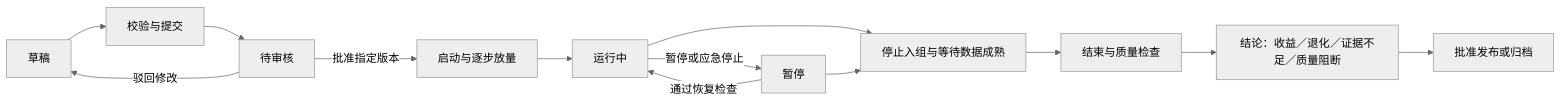
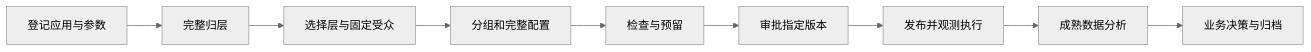
The diagram in docs/PRD-企业AB实验平台.md (wangxwit/abtest), drawn with Mermaid (neutral theme) before and after one commit. The commit also changed other lines of this file and 37 other files, not shown here.

````diff
--- a/docs/PRD-企业AB实验平台.md
+++ b/docs/PRD-企业AB实验平台.md
@@ -184,15 +90,11 @@
 ```mermaid
 flowchart LR
-  A[草稿] --> B[校验与提交]
-  B --> C[待审核]
-  C -->|驳回修改| A
-  C -->|批准指定版本| D[启动与逐步放量]
-  D --> E[运行中]
-  E -->|暂停或应急停止| F[暂停]
-  F -->|通过恢复检查| E
-  E --> G[停止入组与等待数据成熟]
-  F --> G
-  G --> H[结束与质量检查]
-  H --> I[结论：收益／退化／证据不足／质量阻断]
-  I --> J[批准发布或归档]
+  A[登记应用与参数] --> B[完整归层]
+  B --> C[选择层与固定受众]
+  C --> D[分组和完整配置]
+  D --> E[检查与预留]
+  E --> F[审批指定版本]
+  F --> G[发布并观测执行]
+  G --> H[成熟数据分析]
+  H --> I[业务决策与归档]
 ```
````
